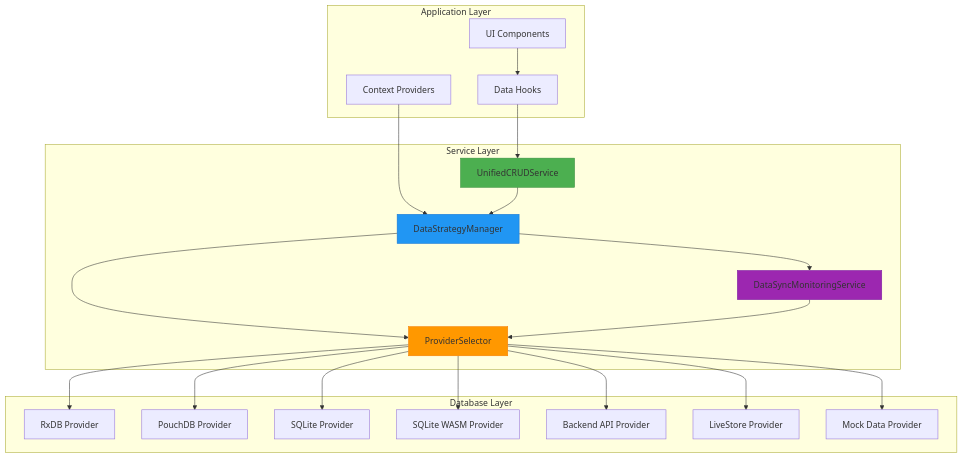
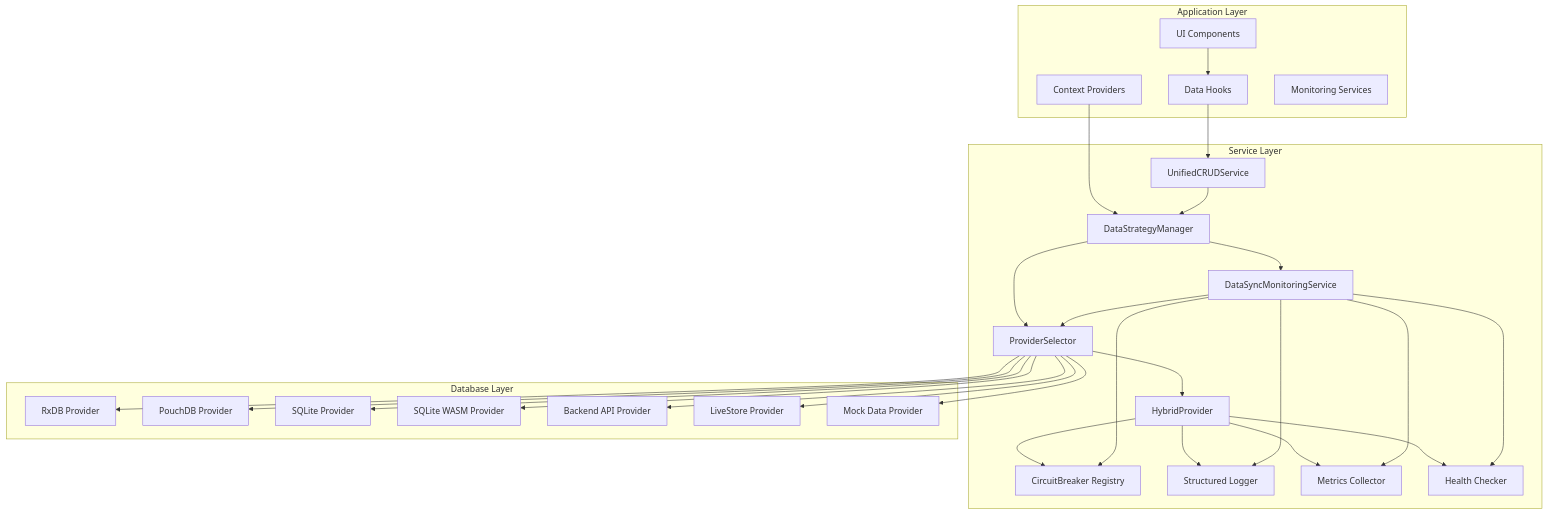
The sixth of 16 diagrams in .qoder/repowiki/en/content/Architecture Overview/Data Management Architecture/Data Management Architecture.md (geniusdynamics/schoolpilot), drawn with Mermaid before and after one commit. The commit also changed other lines of this file and 8 other files, not shown here.

````diff
--- a/.qoder/repowiki/en/content/Architecture Overview/Data Management Architecture/Data Management Architecture.md
+++ b/.qoder/repowiki/en/content/Architecture Overview/Data Management Architecture/Data Management Architecture.md
@@ -284,41 +480,52 @@
 ```mermaid
 graph TB
 subgraph "Application Layer"
 UI[UI Components]
 Hooks[Data Hooks]
 Contexts[Context Providers]
+Monitoring[Monitoring Services]
 end
 subgraph "Service Layer"
 CRUD[UnifiedCRUDService]
 Strategy[DataStrategyManager]
 Provider[ProviderSelector]
+Hybrid[HybridProvider]
 Monitor[DataSyncMonitoringService]
+Breaker[CircuitBreaker Registry]
+Logger[Structured Logger]
+Metrics[Metrics Collector]
+Health[Health Checker]
 end
 subgraph "Database Layer"
 RxDB[RxDB Provider]
 PouchDB[PouchDB Provider]
 SQLite[SQLite Provider]
 SQLiteWASM[SQLite WASM Provider]
 BackendAPI[Backend API Provider]
 LiveStore[LiveStore Provider]
 Mock[Mock Data Provider]
 end
 UI --> Hooks
 Hooks --> CRUD
 Contexts --> Strategy
 CRUD --> Strategy
 Strategy --> Provider
+Provider --> Hybrid
 Provider --> RxDB
 Provider --> PouchDB
 Provider --> SQLite
 Provider --> SQLiteWASM
 Provider --> BackendAPI
 Provider --> LiveStore
 Provider --> Mock
 Strategy --> Monitor
 Monitor --> Provider
-style CRUD fill:#4CAF50,stroke:#388E3C
-style Strategy fill:#2196F3,stroke:#1976D2
-style Provider fill:#FF9800,stroke:#F57C00
-style Monitor fill:#9C27B0,stroke:#7B1FA2
+Hybrid --> Breaker
+Hybrid --> Logger
+Hybrid --> Metrics
+Hybrid --> Health
+Monitor --> Breaker
+Monitor --> Logger
+Monitor --> Metrics
+Monitor --> Health
 ```
````
